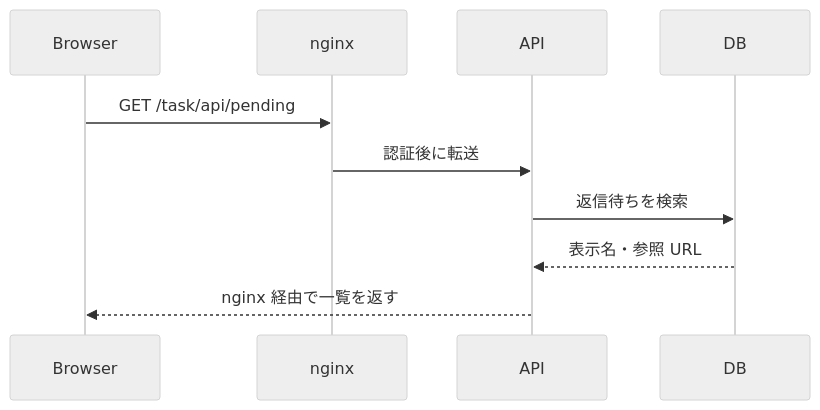
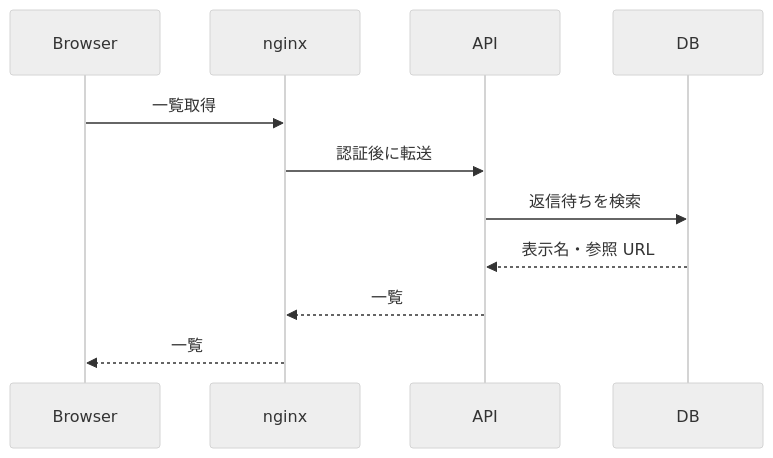
One commit to nishimura-yuma77/preview changed the first of 6 diagrams in reply-watch/docs/spec/features/reply-tracking/API.md. Above: the diagram before and after it, drawn with Mermaid (neutral theme). The commit also changed other lines of this file and 3 other files, not shown here.

````diff
--- a/reply-watch/docs/spec/features/reply-tracking/API.md
+++ b/reply-watch/docs/spec/features/reply-tracking/API.md
@@ -17,8 +31,9 @@
 ```mermaid
 sequenceDiagram
-    Browser->>nginx: GET /task/api/pending
+    Browser->>nginx: 一覧取得
     nginx->>API: 認証後に転送
     API->>DB: 返信待ちを検索
     DB-->>API: 表示名・参照 URL
-    API-->>Browser: nginx 経由で一覧を返す
+    API-->>nginx: 一覧
+    nginx-->>Browser: 一覧
 ```
````
